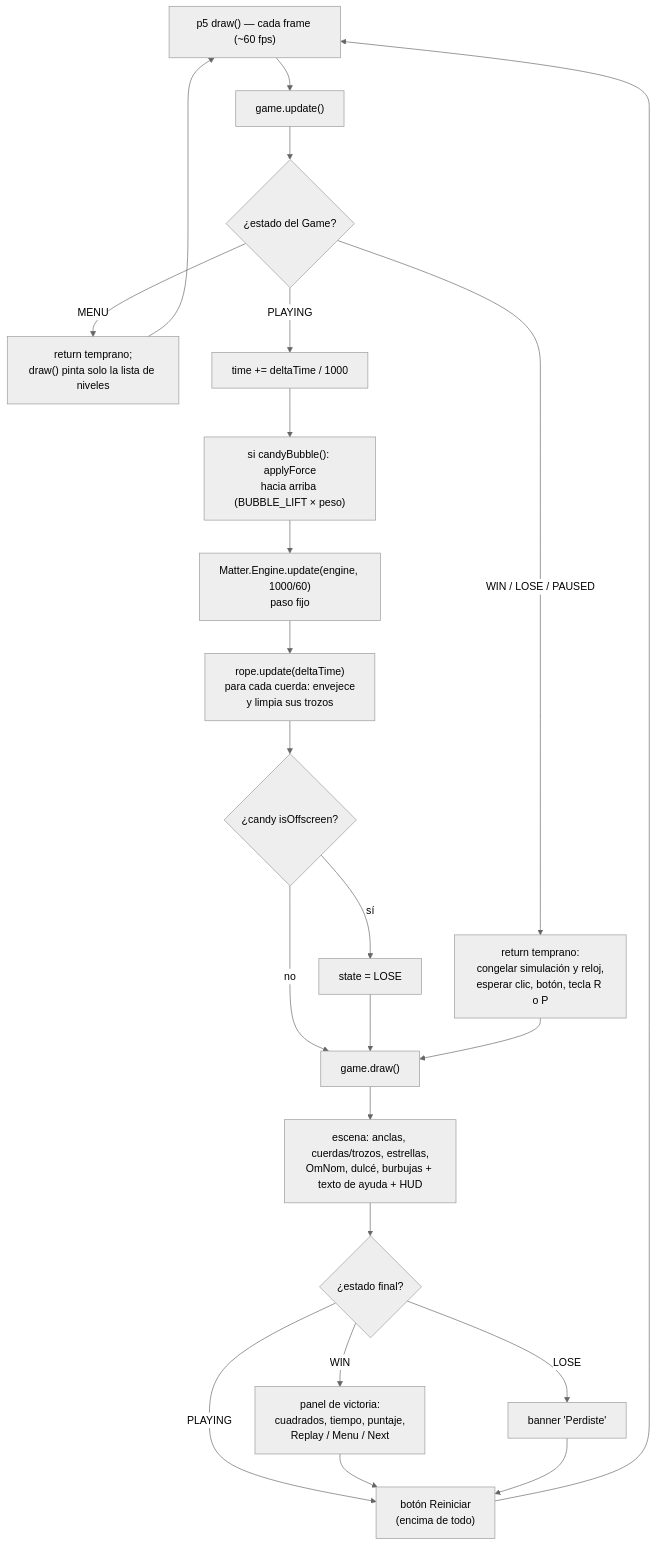
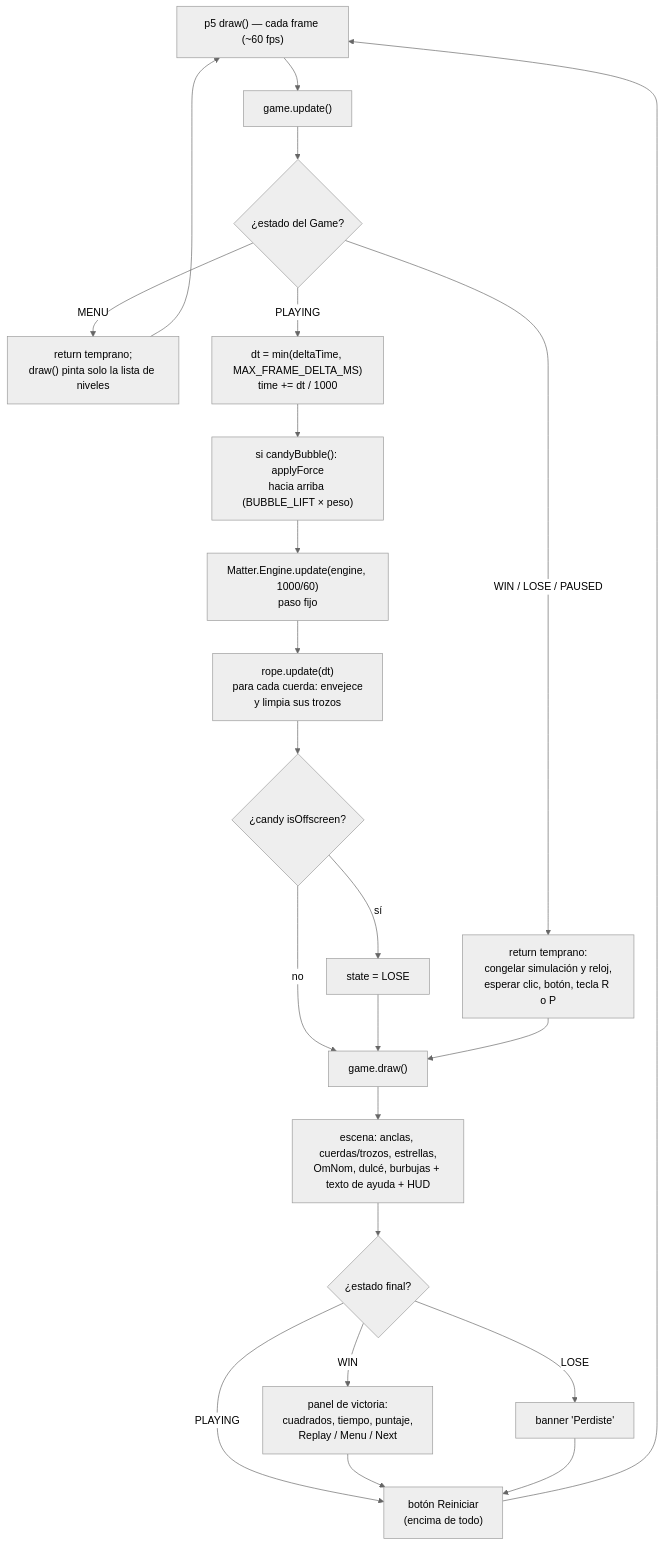
Before and after one commit to ShryhakAkizuki/Cut_The_Rope-Visual_Computing_2026-II: the fifth of 5 diagrams in docs/arquitectura-mvp.md, drawn with Mermaid (neutral theme). The commit also changed other lines of this file and 2 other files, not shown here.

````diff
--- a/docs/arquitectura-mvp.md
+++ b/docs/arquitectura-mvp.md
@@ -404,25 +407,25 @@
 ```mermaid
 flowchart TD
     A["p5 draw() — cada frame (~60 fps)"] --> B["game.update()"]
     B --> C{"¿estado del Game?"}
     C -->|MENU| MN["return temprano;<br/>draw() pinta solo la lista de niveles"]
     MN --> A
     C -->|WIN / LOSE / PAUSED| D["return temprano:<br/>congelar simulación y reloj,<br/>esperar clic, botón, tecla R o P"]
-    C -->|PLAYING| T["time += deltaTime / 1000"]
+    C -->|PLAYING| T["dt = min(deltaTime, MAX_FRAME_DELTA_MS)<br/>time += dt / 1000"]
     T --> BF["si candyBubble(): applyForce<br/>hacia arriba (BUBBLE_LIFT × peso)"]
     BF --> E["Matter.Engine.update(engine, 1000/60)<br/>paso fijo"]
-    E --> F["rope.update(deltaTime)<br/>para cada cuerda: envejece<br/>y limpia sus trozos"]
+    E --> F["rope.update(dt)<br/>para cada cuerda: envejece<br/>y limpia sus trozos"]
     F --> G{"¿candy isOffscreen?"}
     G -->|sí| H["state = LOSE"]
     G -->|no| I["game.draw()"]
     H --> I
     D --> I
     I --> J["escena: anclas, cuerdas/trozos, estrellas,<br/>OmNom, dulcé, burbujas + texto de ayuda + HUD"]
     J --> K{"¿estado final?"}
     K -->|WIN| L["panel de victoria:<br/>cuadrados, tiempo, puntaje,<br/>Replay / Menu / Next"]
     K -->|LOSE| M["banner 'Perdiste'"]
     K -->|PLAYING| N["botón Reiniciar<br/>(encima de todo)"]
     L --> N
     M --> N
     N --> A
 ```
````
